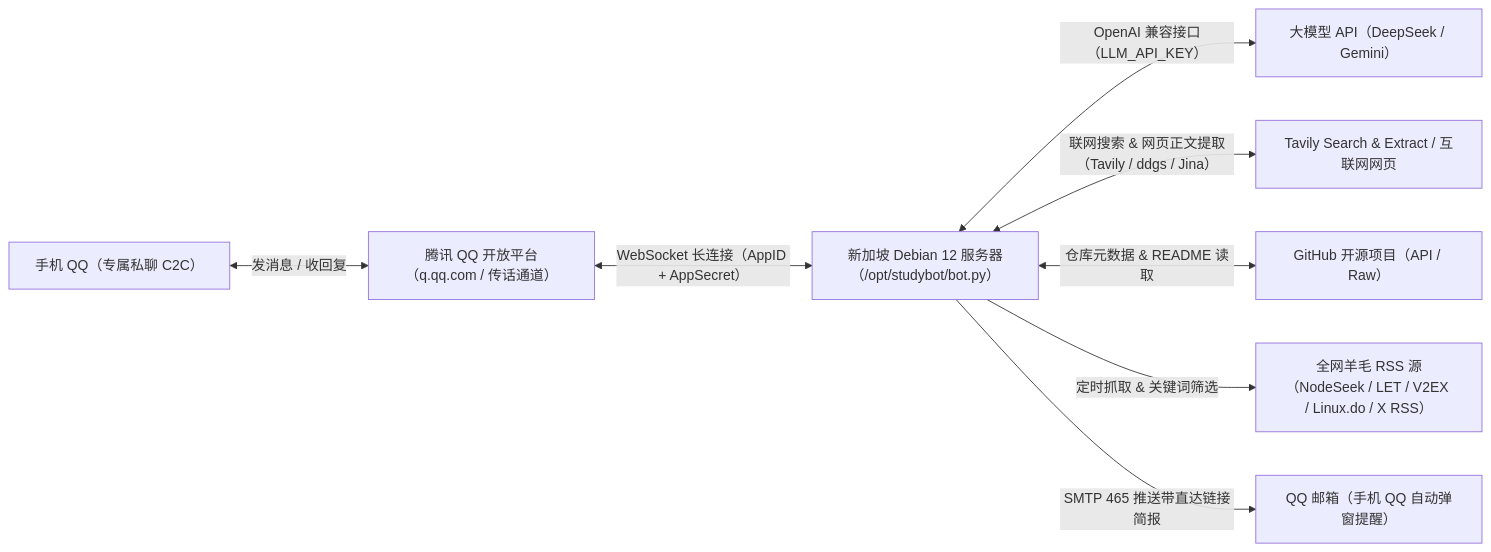
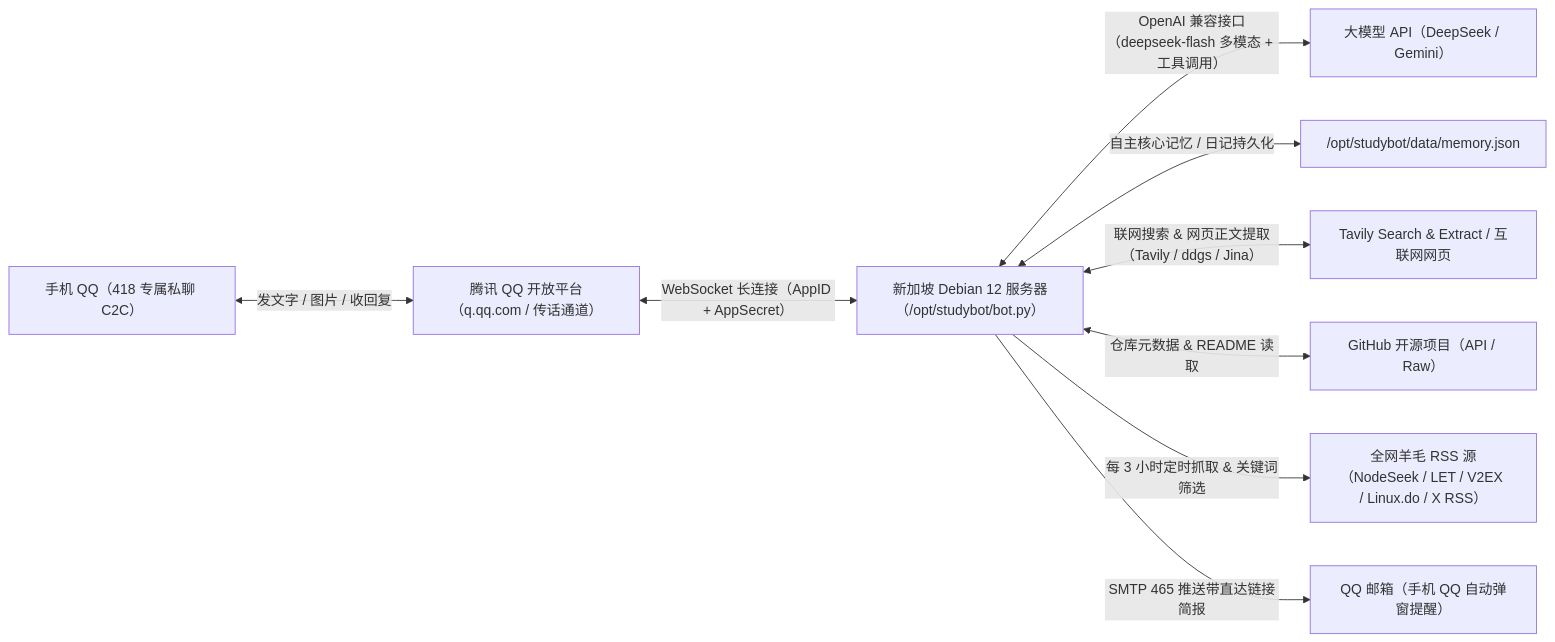
The diagram in Una_QQ机器人完整部署指南.md (PHOENIX-collab-bot/Una), drawn with Mermaid before and after one commit. The commit also changed other lines of this file and 3 other files, not shown here.

````diff
--- a/Una_QQ机器人完整部署指南.md
+++ b/Una_QQ机器人完整部署指南.md
@@ -29,10 +32,11 @@
 ```mermaid
 flowchart LR
-    User["手机 QQ（专属私聊 C2C）"] <-->|"发消息 / 收回复"| QQPlatform["腾讯 QQ 开放平台（q.qq.com / 传话通道）"]
+    User["手机 QQ（418 专属私聊 C2C）"] <-->|"发文字 / 图片 / 收回复"| QQPlatform["腾讯 QQ 开放平台（q.qq.com / 传话通道）"]
     QQPlatform <-->|"WebSocket 长连接（AppID + AppSecret）"| Bot["新加坡 Debian 12 服务器（/opt/studybot/bot.py）"]
-    Bot <-->|"OpenAI 兼容接口（LLM_API_KEY）"| LLM["大模型 API（DeepSeek / Gemini）"]
+    Bot <-->|"OpenAI 兼容接口（deepseek-flash 多模态 + 工具调用）"| LLM["大模型 API（DeepSeek / Gemini）"]
+    Bot <-->|"自主核心记忆 / 日记持久化"| Mem["/opt/studybot/data/memory.json"]
     Bot <-->|"联网搜索 & 网页正文提取（Tavily / ddgs / Jina）"| Web["Tavily Search & Extract / 互联网网页"]
     Bot <-->|"仓库元数据 & README 读取"| GitHub["GitHub 开源项目（API / Raw）"]
-    Bot -->|"定时抓取 & 关键词筛选"| RSS["全网羊毛 RSS 源（NodeSeek / LET / V2EX / Linux.do / X RSS）"]
+    Bot -->|"每 3 小时定时抓取 & 关键词筛选"| RSS["全网羊毛 RSS 源（NodeSeek / LET / V2EX / Linux.do / X RSS）"]
     Bot -->|"SMTP 465 推送带直达链接简报"| Email["QQ 邮箱（手机 QQ 自动弹窗提醒）"]
 ```
````
